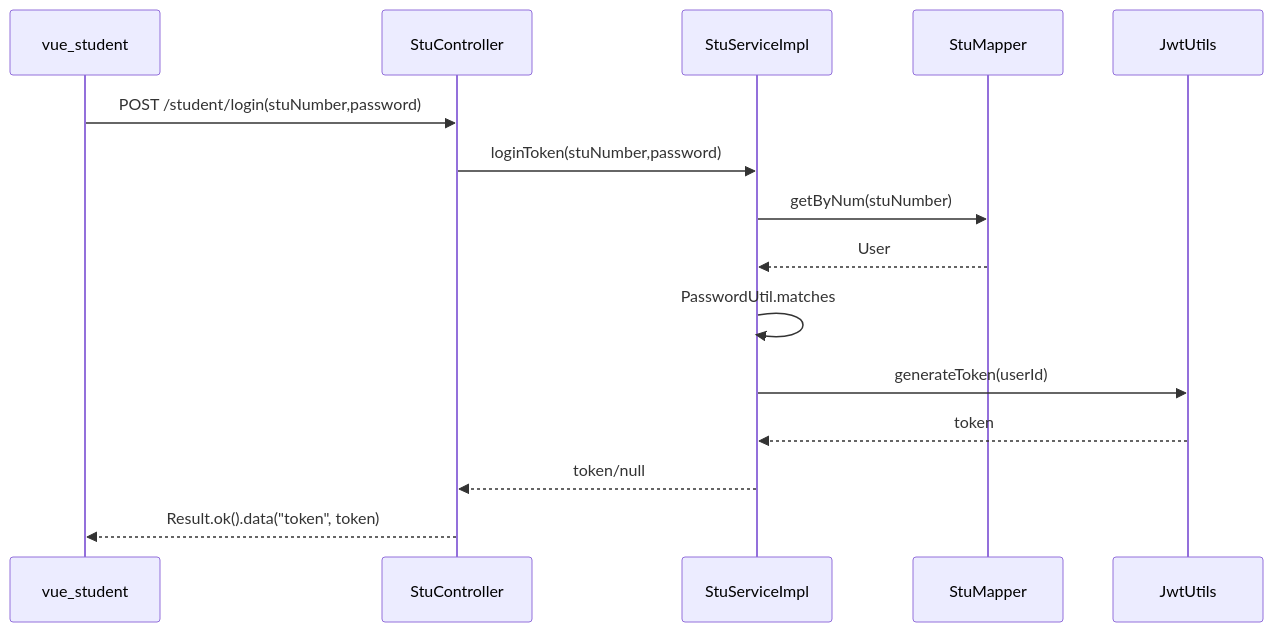
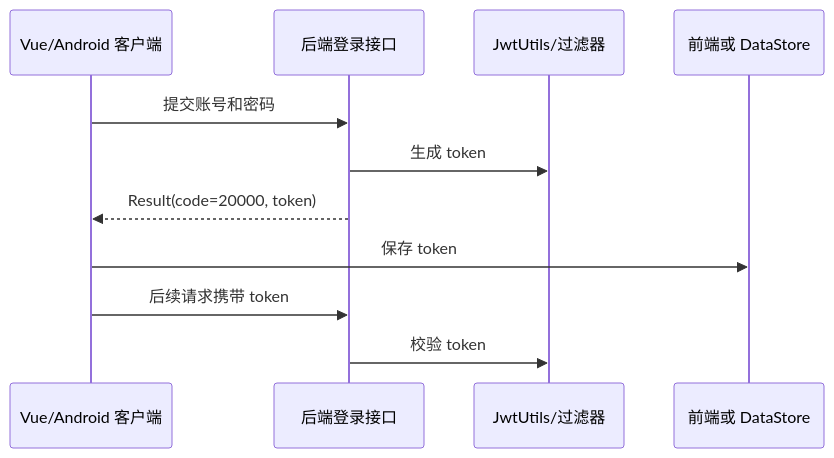
One commit to minislother/Digital-Hundred-Groups-Club changed the second of 4 diagrams in .codex/rules/ai-readme/generated/核心流程.md. Above: the diagram before and after it, drawn with Mermaid. The commit also changed other lines of this file and 87 other files, not shown here.

````diff
--- a/.codex/rules/ai-readme/generated/核心流程.md
+++ b/.codex/rules/ai-readme/generated/核心流程.md
@@ -14,17 +41,13 @@
 ```mermaid
 sequenceDiagram
- participant Client as vue_student
- participant Controller as StuController
- participant Service as StuServiceImpl
- participant Mapper as StuMapper
- participant JWT as JwtUtils
- Client->>Controller: POST /student/login(stuNumber,password)
- Controller->>Service: loginToken(stuNumber,password)
- Service->>Mapper: getByNum(stuNumber)
- Mapper-->>Service: User
- Service->>Service: PasswordUtil.matches
- Service->>JWT: generateToken(userId)
- JWT-->>Service: token
- Service-->>Controller: token/null
- Controller-->>Client: Result.ok().data("token", token)
+  participant Web as Vue/Android 客户端
+  participant API as 后端登录接口
+  participant JWT as JwtUtils/过滤器
+  participant Store as 前端或 DataStore
+  Web->>API: 提交账号和密码
+  API->>JWT: 生成 token
+  API-->>Web: Result(code=20000, token)
+  Web->>Store: 保存 token
+  Web->>API: 后续请求携带 token
+  API->>JWT: 校验 token
 ```
````
